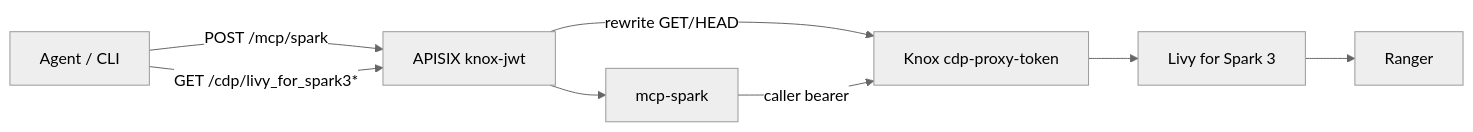
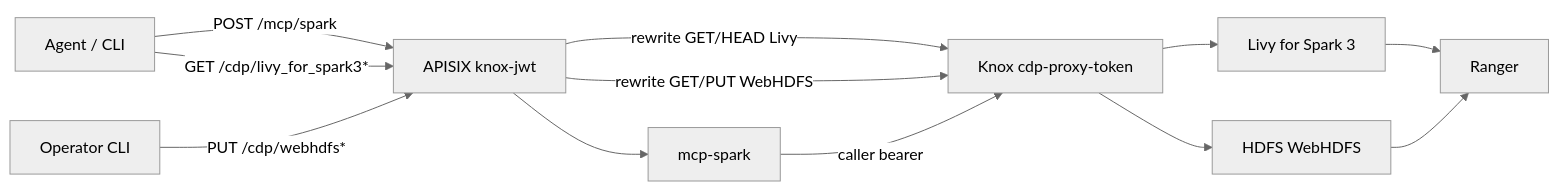
One commit to BrooksIan/CDPAgentGateway changed the first of 4 diagrams in docs/spark.md. Above: the diagram before and after it, drawn with Mermaid (neutral theme). The commit also changed other lines of this file and 52 other files, not shown here.

Commit message:
Include WebHDFS

````diff
--- a/docs/spark.md
+++ b/docs/spark.md
@@ -14,17 +15,22 @@
 ```mermaid
 flowchart LR
   agent["Agent / CLI"]
   apisix["APISIX knox-jwt"]
   mcp["mcp-spark"]
   knox["Knox cdp-proxy-token"]
   livy["Livy for Spark 3"]
+  hdfs["HDFS WebHDFS"]
   ranger["Ranger"]
 
   agent -->|"POST /mcp/spark"| apisix
   agent -->|"GET /cdp/livy_for_spark3*"| apisix
+  op["Operator CLI"] -->|"PUT /cdp/webhdfs*"| apisix
   apisix --> mcp
-  apisix -->|"rewrite GET/HEAD"| knox
+  apisix -->|"rewrite GET/HEAD Livy"| knox
+  apisix -->|"rewrite GET/PUT WebHDFS"| knox
   mcp -->|"caller bearer"| knox
   knox --> livy
+  knox --> hdfs
   livy --> ranger
+  hdfs --> ranger
 ```
````
